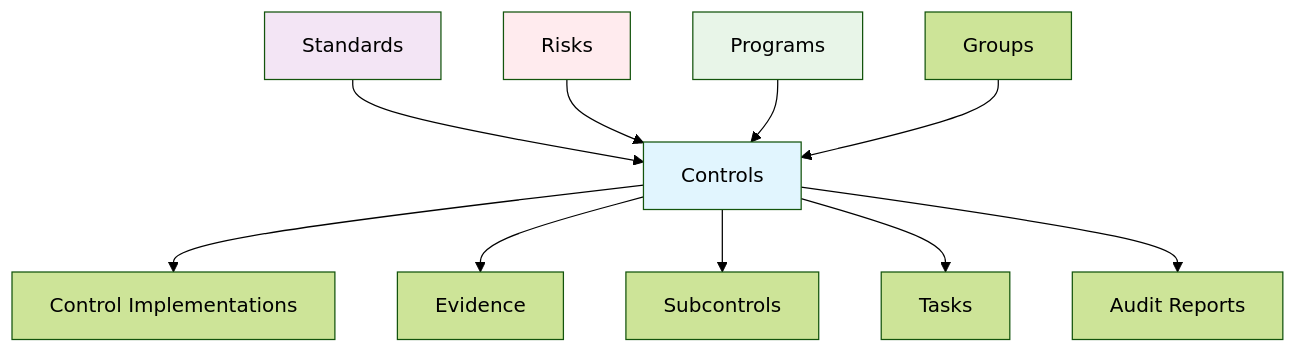
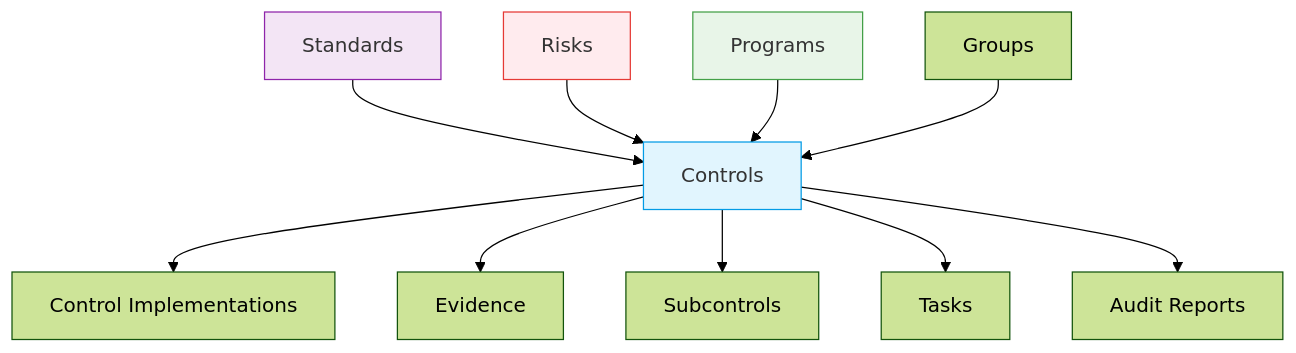
Before and after one commit to theopenlane/openlane-docs: the first of 2 diagrams in docs/docs/platform/compliance-management/controls/overview.mdx, drawn with Mermaid (forest theme). The commit also changed 58 other files, not shown here.

Commit message:
revert orange colors, dark mode mermaid, regroup navs back closer to before

````diff
--- a/docs/docs/platform/compliance-management/controls/overview.mdx
+++ b/docs/docs/platform/compliance-management/controls/overview.mdx
@@ -59,17 +59,17 @@
 ```mermaid
 graph TD
     A[Standards] --> B[Controls]
     B --> C[Control Implementations]
     B --> D[Evidence]
     B --> E[Subcontrols]
     F[Risks] --> B
     G[Programs] --> B
     B --> H[Tasks]
     I[Groups] --> B
     B --> J[Audit Reports]
 
-    style B fill:#e1f5fe
-    style A fill:#f3e5f5
-    style F fill:#ffebee
-    style G fill:#e8f5e8
+    style B fill:#e1f5fe,stroke:#039be5,color:#333
+    style A fill:#f3e5f5,stroke:#8e24aa,color:#333
+    style F fill:#ffebee,stroke:#e53935,color:#333
+    style G fill:#e8f5e8,stroke:#43a047,color:#333
 ```
````
